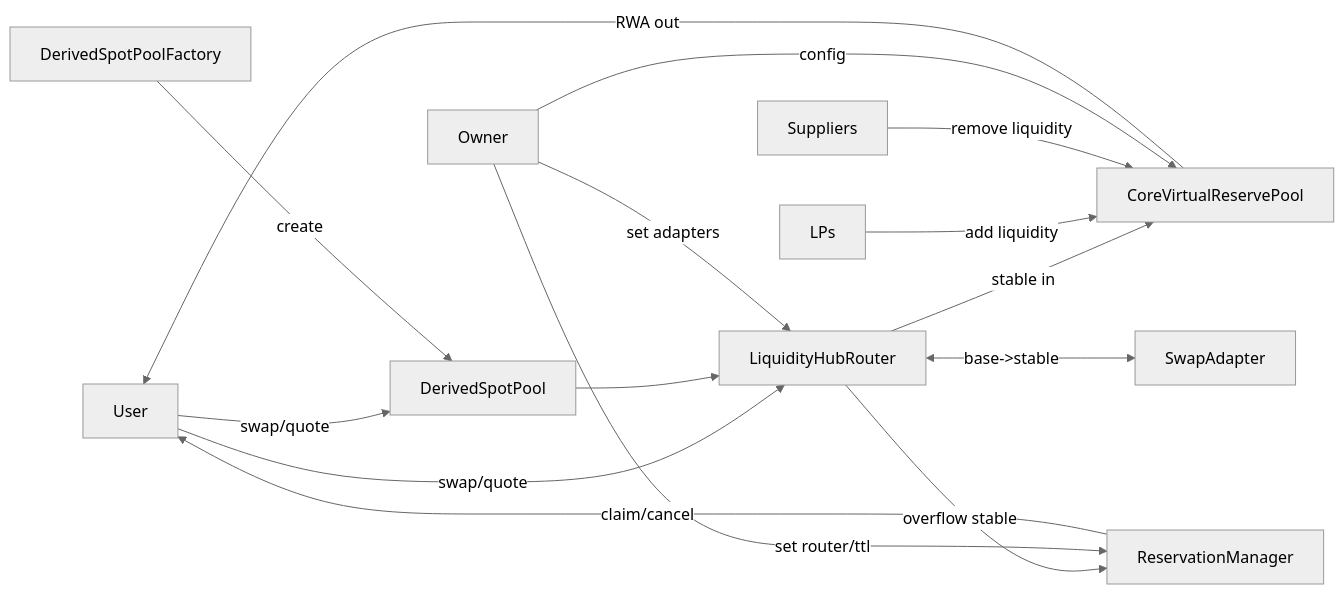
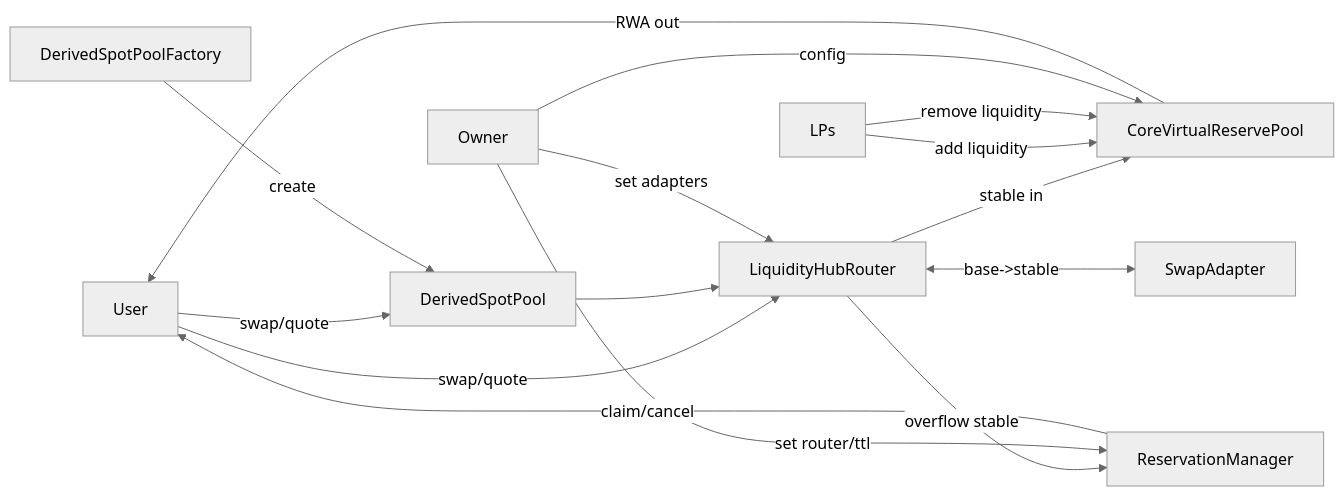
The diagram in docs/protocol-guide.md (pluto1011/Hackathon), drawn with Mermaid (neutral theme) before and after one commit. The commit also changed other lines of this file and 13 other files, not shown here.

````diff
--- a/docs/protocol-guide.md
+++ b/docs/protocol-guide.md
@@ -19,21 +35,21 @@
 ```mermaid
 flowchart LR
     User -->|swap/quote| DerivedSpotPool
     User -->|swap/quote| LiquidityHubRouter
     DerivedSpotPool --> LiquidityHubRouter
 
     LiquidityHubRouter <-->|base->stable| SwapAdapter
     LiquidityHubRouter -->|stable in| CoreVirtualReservePool
     CoreVirtualReservePool -->|RWA out| User
 
     LiquidityHubRouter -->|overflow stable| ReservationManager
     ReservationManager -->|claim/cancel| User
 
     DerivedSpotPoolFactory -->|create| DerivedSpotPool
 
     LPs -->|add liquidity| CoreVirtualReservePool
-    Suppliers -->|remove liquidity| CoreVirtualReservePool
+    LPs -->|remove liquidity| CoreVirtualReservePool
     Owner -->|config| CoreVirtualReservePool
     Owner -->|set adapters| LiquidityHubRouter
     Owner -->|set router/ttl| ReservationManager
 ```
````
